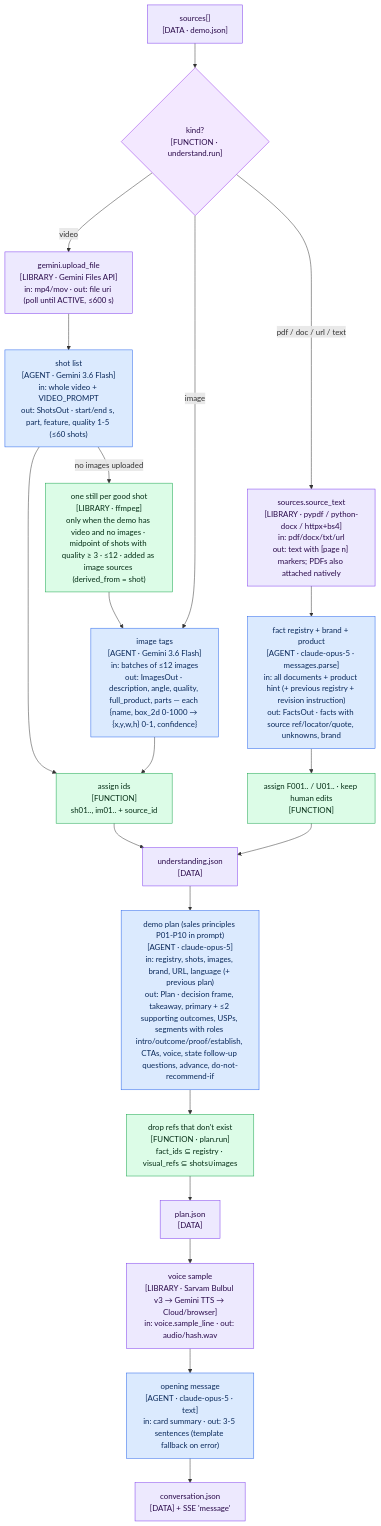
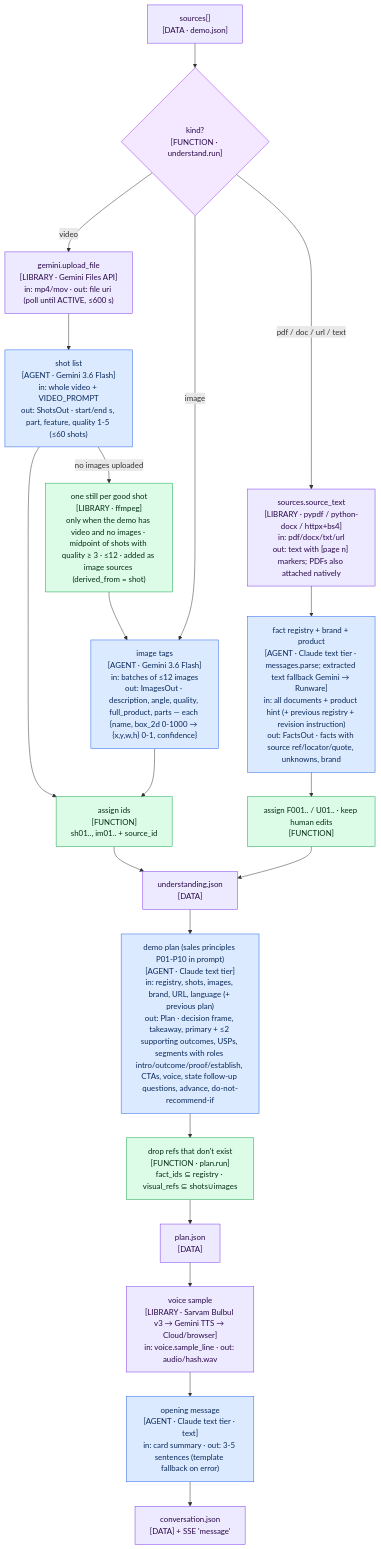
One commit to APareek89/demo-studio changed the diagram in docs/mermaid/02-understand.mmd. Above: the diagram before and after it, drawn with Mermaid. The commit also changed 25 other files, not shown here.

Commit message:
Add Runware text fallback and configurable model tiers

```diff
--- a/docs/mermaid/02-understand.mmd
+++ b/docs/mermaid/02-understand.mmd
@@ -1,35 +1,35 @@
 %% 02 · Read phase — Understand (Gemini looks, Claude reads) then Plan
 flowchart TD
   SRC["sources[]<br/>[DATA · demo.json]"]:::data
   ISV{"kind?<br/>[FUNCTION · understand.run]"}:::dec
   UPV["gemini.upload_file<br/>[LIBRARY · Gemini Files API]<br/>in: mp4/mov · out: file uri (poll until ACTIVE, ≤600 s)"]:::data
   SHOTS["shot list<br/>[AGENT · Gemini 3.6 Flash]<br/>in: whole video + VIDEO_PROMPT<br/>out: ShotsOut · start/end s, part, feature, quality 1-5 (≤60 shots)"]:::agent
   STILLS["one still per good shot<br/>[LIBRARY · ffmpeg]<br/>only when the demo has video and no images · midpoint of shots with quality ≥ 3 · ≤12 · added as image sources (derived_from = shot)"]:::fn
   IMGS["image tags<br/>[AGENT · Gemini 3.6 Flash]<br/>in: batches of ≤12 images<br/>out: ImagesOut · description, angle, quality, full_product, parts — each {name, box_2d 0-1000 → {x,y,w,h} 0-1, confidence}"]:::agent
   IDS["assign ids<br/>[FUNCTION]<br/>sh01.., im01.. + source_id"]:::fn
   DOCS["sources.source_text<br/>[LIBRARY · pypdf / python-docx / httpx+bs4]<br/>in: pdf/docx/txt/url<br/>out: text with [page n] markers; PDFs also attached natively"]:::data
-  FACTS["fact registry + brand + product<br/>[AGENT · claude-opus-5 · messages.parse]<br/>in: all documents + product hint (+ previous registry + revision instruction)<br/>out: FactsOut · facts with source ref/locator/quote, unknowns, brand"]:::agent
+  FACTS["fact registry + brand + product<br/>[AGENT · Claude text tier · messages.parse; extracted text fallback Gemini → Runware]<br/>in: all documents + product hint (+ previous registry + revision instruction)<br/>out: FactsOut · facts with source ref/locator/quote, unknowns, brand"]:::agent
   FIDS["assign F001.. / U01.. · keep human edits<br/>[FUNCTION]"]:::fn
   UND["understanding.json<br/>[DATA]"]:::data
-  PLAN["demo plan (sales principles P01-P10 in prompt)<br/>[AGENT · claude-opus-5]<br/>in: registry, shots, images, brand, URL, language (+ previous plan)<br/>out: Plan · decision frame, takeaway, primary + ≤2 supporting outcomes, USPs, segments with roles intro/outcome/proof/establish, CTAs, voice, state follow-up questions, advance, do-not-recommend-if"]:::agent
+  PLAN["demo plan (sales principles P01-P10 in prompt)<br/>[AGENT · Claude text tier]<br/>in: registry, shots, images, brand, URL, language (+ previous plan)<br/>out: Plan · decision frame, takeaway, primary + ≤2 supporting outcomes, USPs, segments with roles intro/outcome/proof/establish, CTAs, voice, state follow-up questions, advance, do-not-recommend-if"]:::agent
   PVAL["drop refs that don't exist<br/>[FUNCTION · plan.run]<br/>fact_ids ⊆ registry · visual_refs ⊆ shots∪images"]:::fn
   PJ["plan.json<br/>[DATA]"]:::data
   SAMPLE["voice sample<br/>[LIBRARY · Sarvam Bulbul v3 → Gemini TTS → Cloud/browser]<br/>in: voice.sample_line · out: audio/hash.wav"]:::data
-  OPEN["opening message<br/>[AGENT · claude-opus-5 · text]<br/>in: card summary · out: 3-5 sentences (template fallback on error)"]:::agent
+  OPEN["opening message<br/>[AGENT · Claude text tier · text]<br/>in: card summary · out: 3-5 sentences (template fallback on error)"]:::agent
   CONV["conversation.json<br/>[DATA] + SSE 'message'"]:::data
 
   SRC --> ISV
   ISV -- "video" --> UPV --> SHOTS --> IDS
   SHOTS -- "no images uploaded" --> STILLS --> IMGS
   ISV -- "image" --> IMGS --> IDS
   ISV -- "pdf / doc / url / text" --> DOCS --> FACTS --> FIDS
   IDS --> UND
   FIDS --> UND
   UND --> PLAN --> PVAL --> PJ --> SAMPLE --> OPEN --> CONV
 
   classDef agent fill:#dbeafe,stroke:#2563eb,color:#0b2a5b;
   classDef fn fill:#dcfce7,stroke:#16a34a,color:#052e16;
   classDef dec fill:#f3e8ff,stroke:#9333ea,color:#2a0a4a;
   classDef term fill:#e5e7eb,stroke:#6b7280,color:#111827;
   classDef ask fill:#cffafe,stroke:#0891b2,color:#083344;
   classDef data fill:#ede9fe,stroke:#7c3aed,color:#2a0a4a;
```
